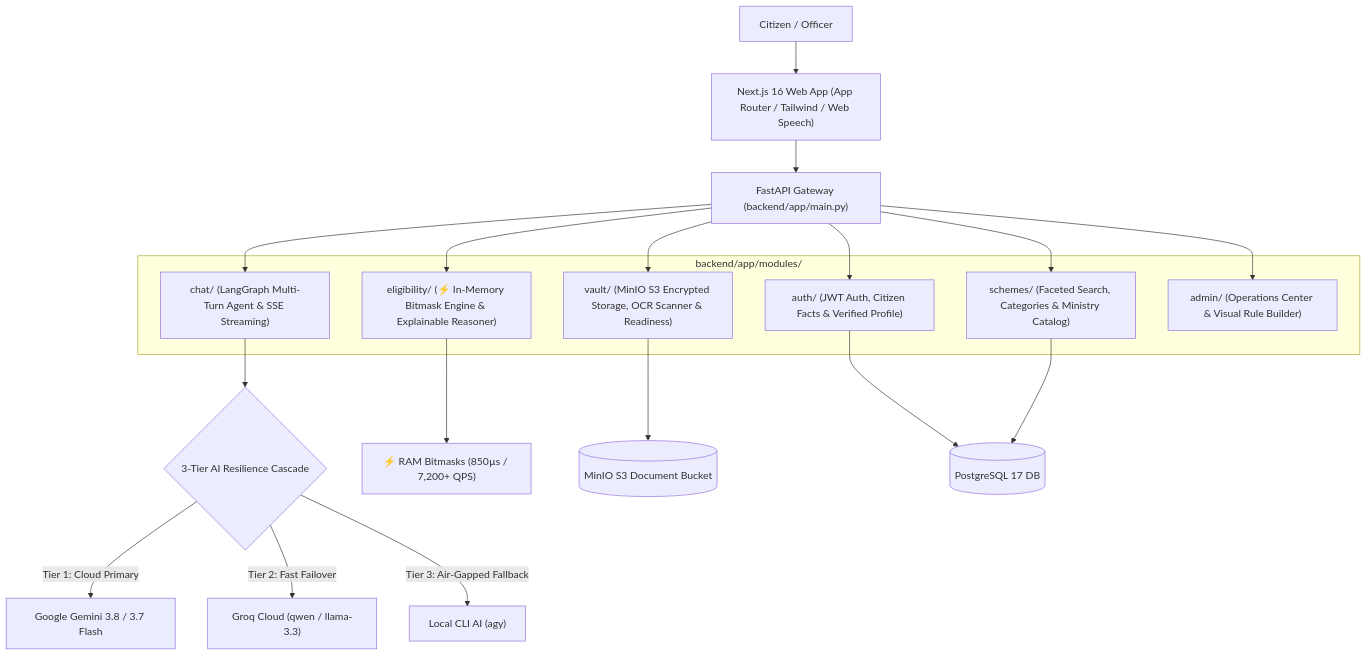
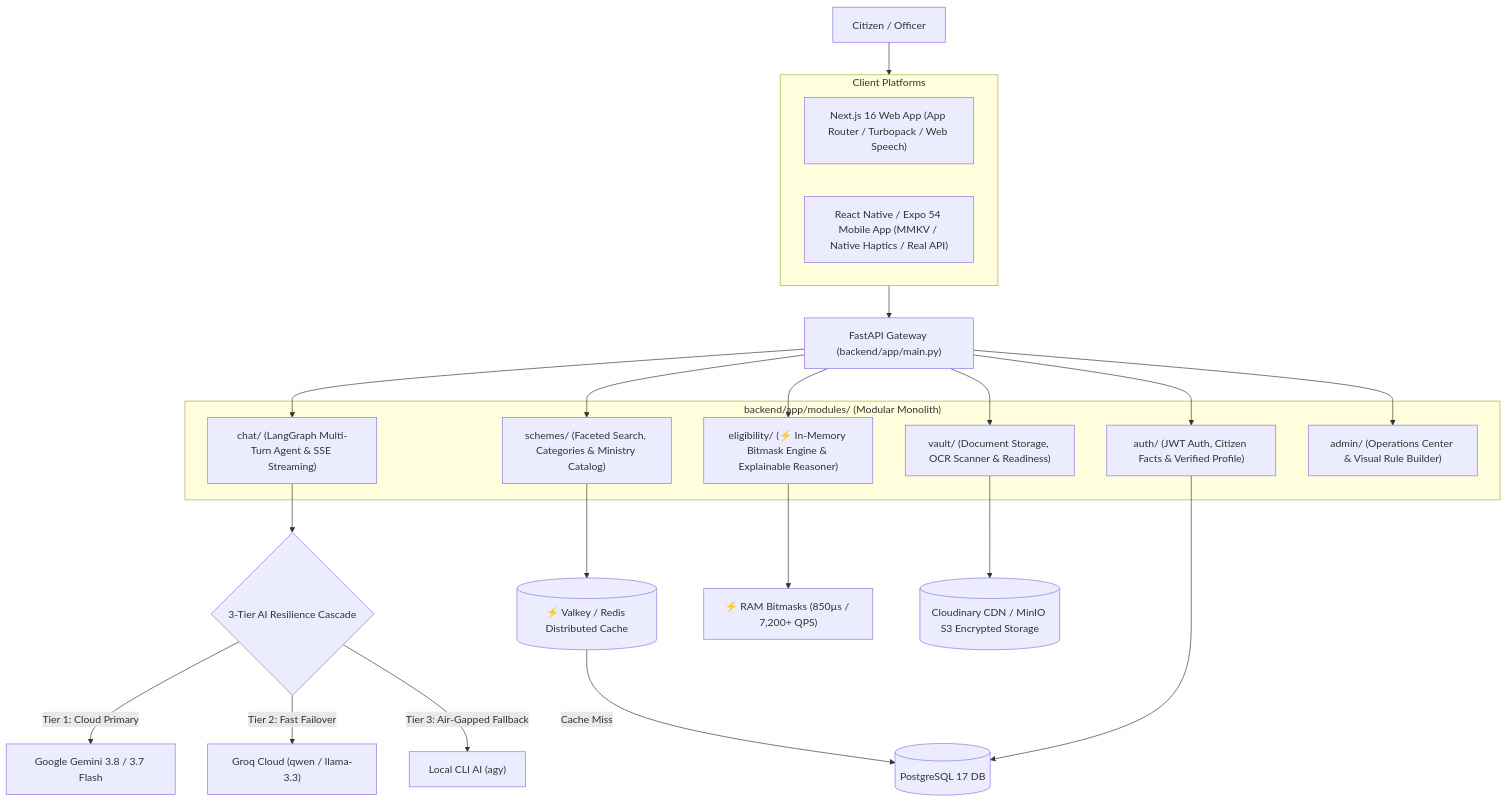
The diagram in README.md (addynoven/scheme-backend), drawn with Mermaid before and after one commit. The commit also changed other lines of this file and 5 other files, not shown here.

First line of the commit message:
feat: Enhance citizen welfare platform with caching, mobile app, and documentation updates

````diff
--- a/README.md
+++ b/README.md
@@ -30,31 +30,39 @@
 ```mermaid
 graph TD
-    User["Citizen / Officer"] --> Web["Next.js 16 Web App (App Router / Tailwind / Web Speech)"]
-    Web --> Gateway["FastAPI Gateway (backend/app/main.py)"]
+    Citizen["Citizen / Officer"] --> Clients
     
-    subgraph Core Modules ["backend/app/modules/"]
+    subgraph Clients ["Client Platforms"]
+        Web["Next.js 16 Web App (App Router / Turbopack / Web Speech)"]
+        Mobile["React Native / Expo 54 Mobile App (MMKV / Native Haptics / Real API)"]
+    end
+    
+    Clients --> Gateway["FastAPI Gateway (backend/app/main.py)"]
+    
+    subgraph Backend ["backend/app/modules/ (Modular Monolith)"]
         Chat["chat/ (LangGraph Multi-Turn Agent & SSE Streaming)"]
         Auth["auth/ (JWT Auth, Citizen Facts & Verified Profile)"]
         Schemes["schemes/ (Faceted Search, Categories & Ministry Catalog)"]
         Elig["eligibility/ (⚡ In-Memory Bitmask Engine & Explainable Reasoner)"]
-        Vault["vault/ (MinIO S3 Encrypted Storage, OCR Scanner & Readiness)"]
+        Vault["vault/ (Document Storage, OCR Scanner & Readiness)"]
         Admin["admin/ (Operations Center & Visual Rule Builder)"]
     end
     
     Gateway --> Chat
     Gateway --> Auth
     Gateway --> Schemes
     Gateway --> Elig
     Gateway --> Vault
     Gateway --> Admin
     
+    Schemes --> Cache[("⚡ Valkey / Redis Distributed Cache")]
+    Cache -->|Cache Miss| Postgres[("PostgreSQL 17 DB")]
+    
     Chat --> Cascade{"3-Tier AI Resilience Cascade"}
     Cascade -->|Tier 1: Cloud Primary| Gemini["Google Gemini 3.8 / 3.7 Flash"]
     Cascade -->|Tier 2: Fast Failover| Groq["Groq Cloud (qwen / llama-3.3)"]
     Cascade -->|Tier 3: Air-Gapped Fallback| LocalCLI["Local CLI AI (agy)"]
     
     Elig --> RAM["⚡ RAM Bitmasks (850µs / 7,200+ QPS)"]
-    Vault --> MinIO[("MinIO S3 Document Bucket")]
-    Auth --> Postgres[("PostgreSQL 17 DB")]
-    Schemes --> Postgres
+    Vault --> Storage[("Cloudinary CDN / MinIO S3 Encrypted Storage")]
+    Auth --> Postgres
 ```
````
